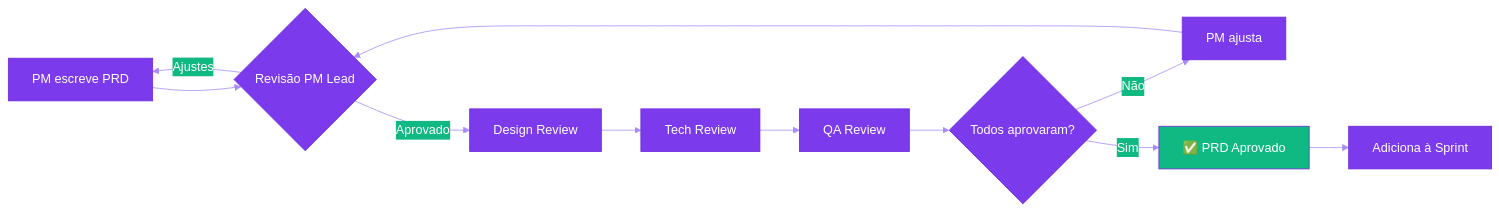
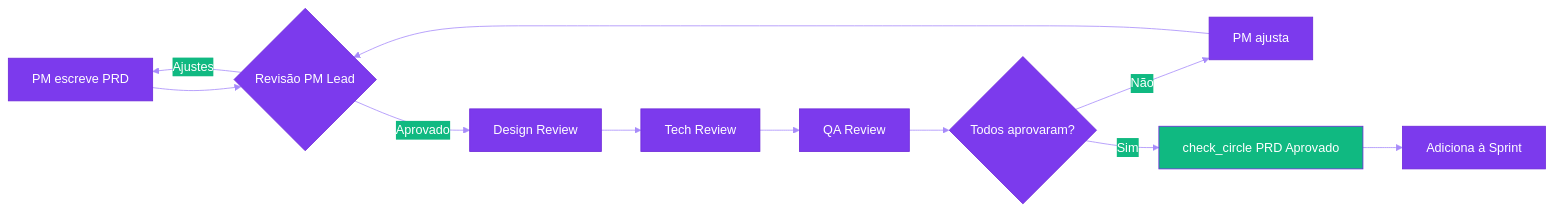
The diagram in documentation/docs/prds/index.md (fabioeducacross/Ambiente_de_Prototipacao_V5), drawn with Mermaid before and after one commit. The commit also changed other lines of this file and 46 other files, not shown here.

First line of the commit message:
feat: substitui emojis por Material Symbols icons na wiki

````diff
--- a/documentation/docs/prds/index.md
+++ b/documentation/docs/prds/index.md
@@ -150,17 +150,17 @@
 ```mermaid
 %%{init: {'theme':'base', 'themeVariables': {'primaryColor':'#7C3AED','primaryTextColor':'#fff','primaryBorderColor':'#6D28D9','lineColor':'#A78BFA','secondaryColor':'#10B981','tertiaryColor':'#F59E0B'}}}%%
 flowchart LR
     A[PM escreve PRD] --> B{Revisão PM Lead}
     B -->|Ajustes| A
     B -->|Aprovado| C[Design Review]
     C --> D[Tech Review]
     D --> E[QA Review]
     E --> F{Todos aprovaram?}
     F -->|Não| G[PM ajusta]
     G --> B
-    F -->|Sim| H[✅ PRD Aprovado]
+    F -->|Sim| H[<span class="material-symbols-outlined">check_circle</span> PRD Aprovado]
     H --> I[Adiciona à Sprint]
     
     style H fill:#10B981,color:#fff
     style A fill:#7C3AED,color:#fff
 ```
````
